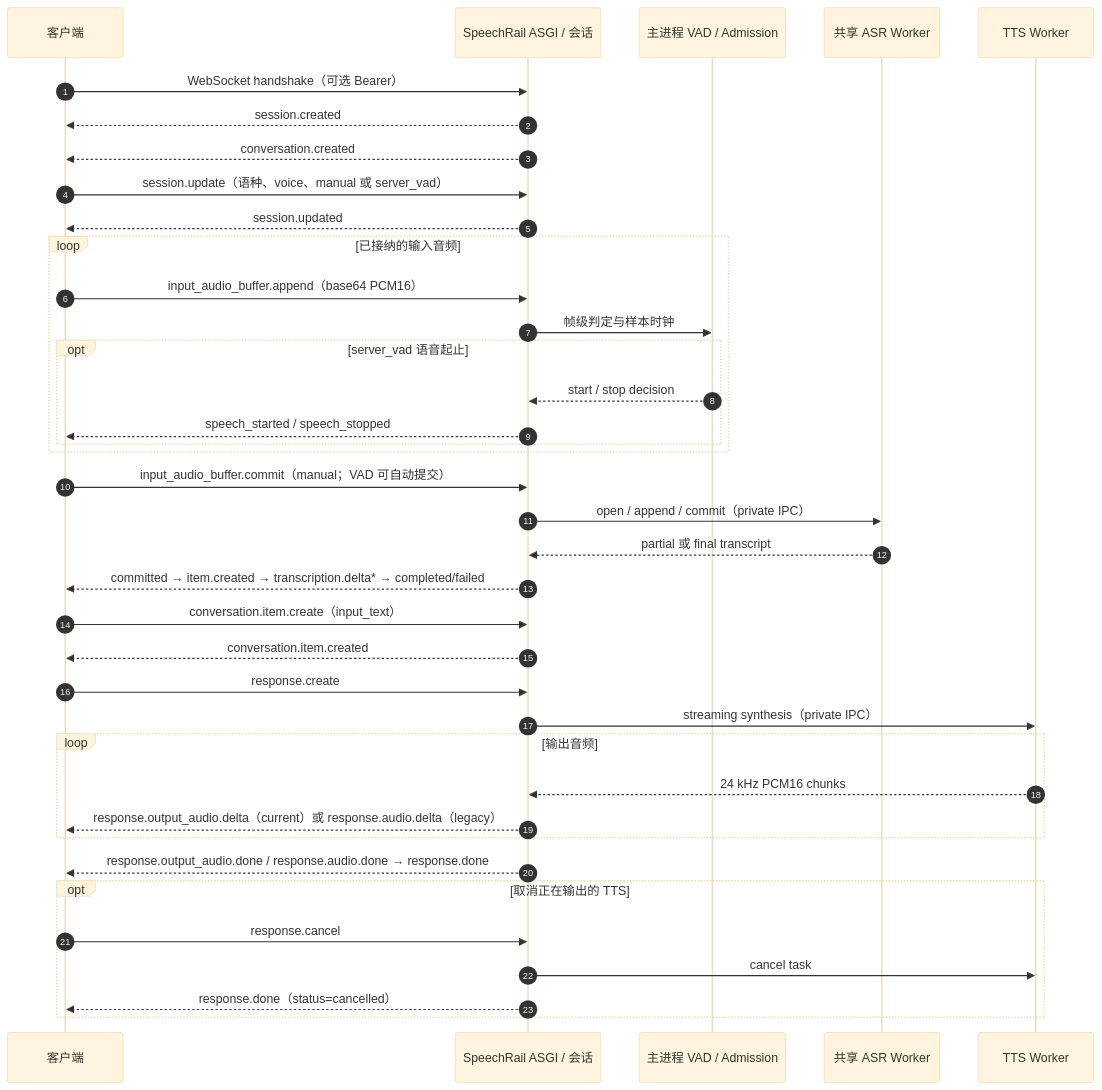
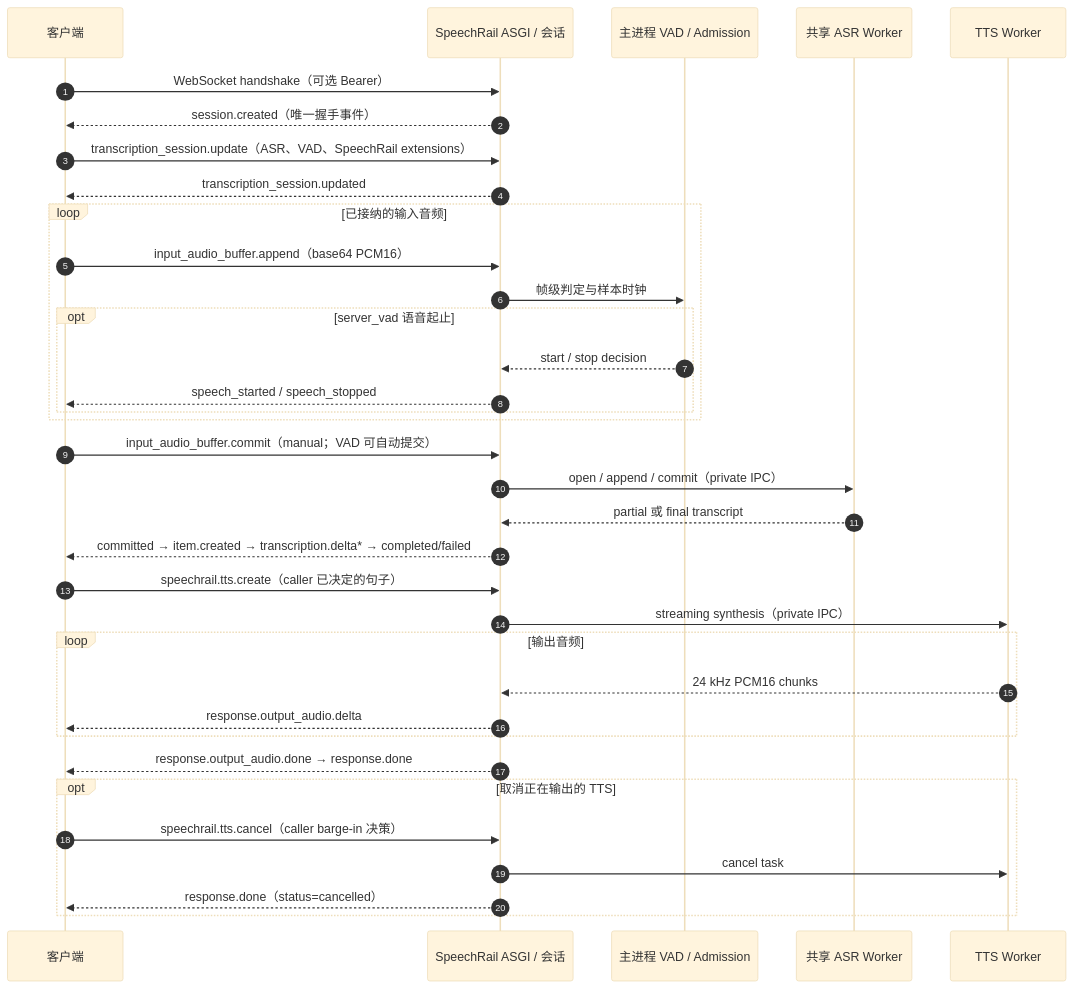
Before and after one commit to hrygo/SpeechRail: the second of 2 diagrams in docs/architecture/architecture.md, drawn with Mermaid (base theme). The commit also changed other lines of this file and 81 other files, not shown here.

````diff
--- a/docs/architecture/architecture.md
+++ b/docs/architecture/architecture.md
@@ -94,44 +94,41 @@
 ```mermaid
 sequenceDiagram
     autonumber
     participant Client as 客户端
     participant Host as SpeechRail ASGI / 会话
     participant VAD as 主进程 VAD / Admission
     participant ASR as 共享 ASR Worker
     participant TTS as TTS Worker
 
     Client->>Host: WebSocket handshake（可选 Bearer）
-    Host-->>Client: session.created
-    Host-->>Client: conversation.created
-    Client->>Host: session.update（语种、voice、manual 或 server_vad）
-    Host-->>Client: session.updated
+    Host-->>Client: session.created（唯一握手事件）
+    Client->>Host: transcription_session.update（ASR、VAD、SpeechRail extensions）
+    Host-->>Client: transcription_session.updated
 
     loop 已接纳的输入音频
         Client->>Host: input_audio_buffer.append（base64 PCM16）
         Host->>VAD: 帧级判定与样本时钟
         opt server_vad 语音起止
             VAD-->>Host: start / stop decision
             Host-->>Client: speech_started / speech_stopped
         end
     end
     Client->>Host: input_audio_buffer.commit（manual；VAD 可自动提交）
     Host->>ASR: open / append / commit（private IPC）
     ASR-->>Host: partial 或 final transcript
     Host-->>Client: committed → item.created → transcription.delta* → completed/failed
 
-    Client->>Host: conversation.item.create（input_text）
-    Host-->>Client: conversation.item.created
-    Client->>Host: response.create
+    Client->>Host: speechrail.tts.create（caller 已决定的句子）
     Host->>TTS: streaming synthesis（private IPC）
     loop 输出音频
         TTS-->>Host: 24 kHz PCM16 chunks
-        Host-->>Client: response.output_audio.delta（current）或 response.audio.delta（legacy）
+        Host-->>Client: response.output_audio.delta
     end
-    Host-->>Client: response.output_audio.done / response.audio.done → response.done
+    Host-->>Client: response.output_audio.done → response.done
 
     opt 取消正在输出的 TTS
-        Client->>Host: response.cancel
+        Client->>Host: speechrail.tts.cancel（caller barge-in 决策）
         Host->>TTS: cancel task
         Host-->>Client: response.done（status=cancelled）
     end
 ```
````
